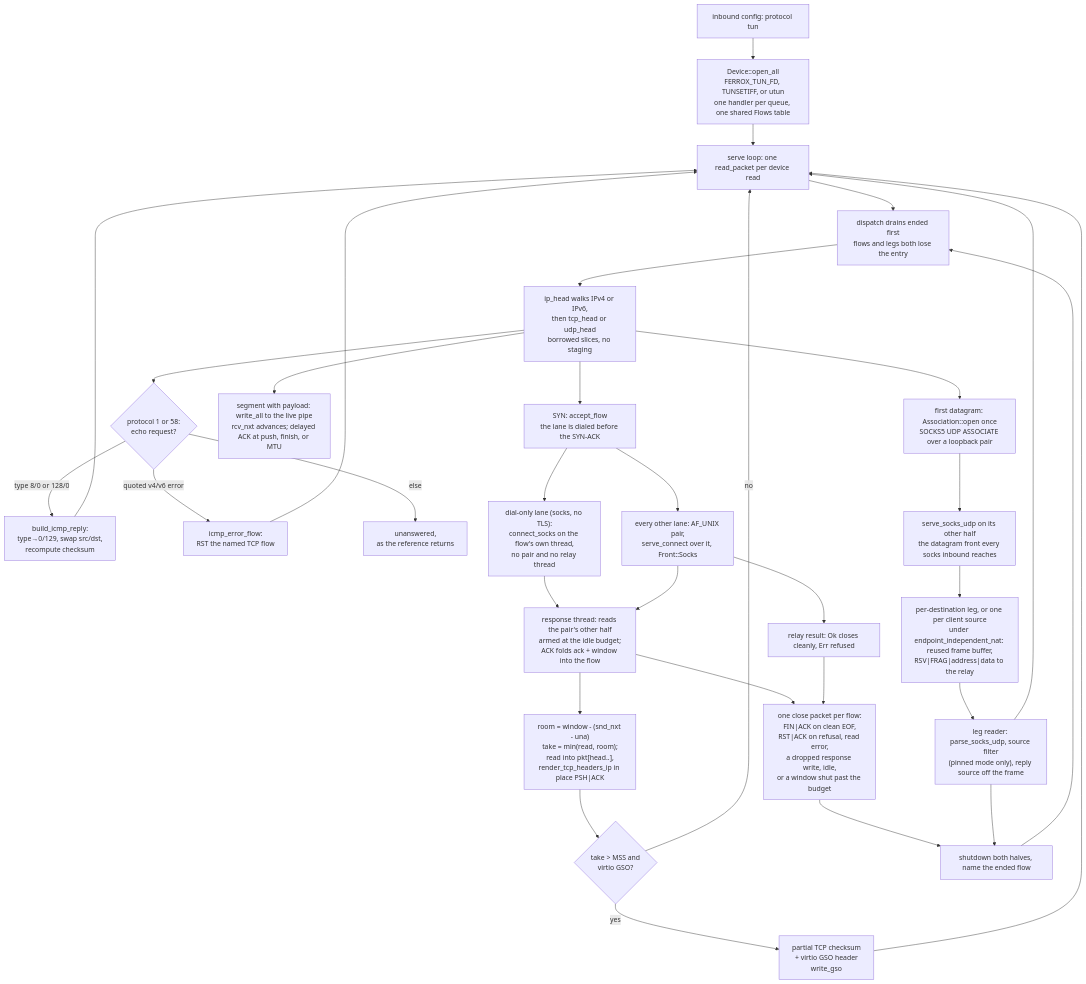
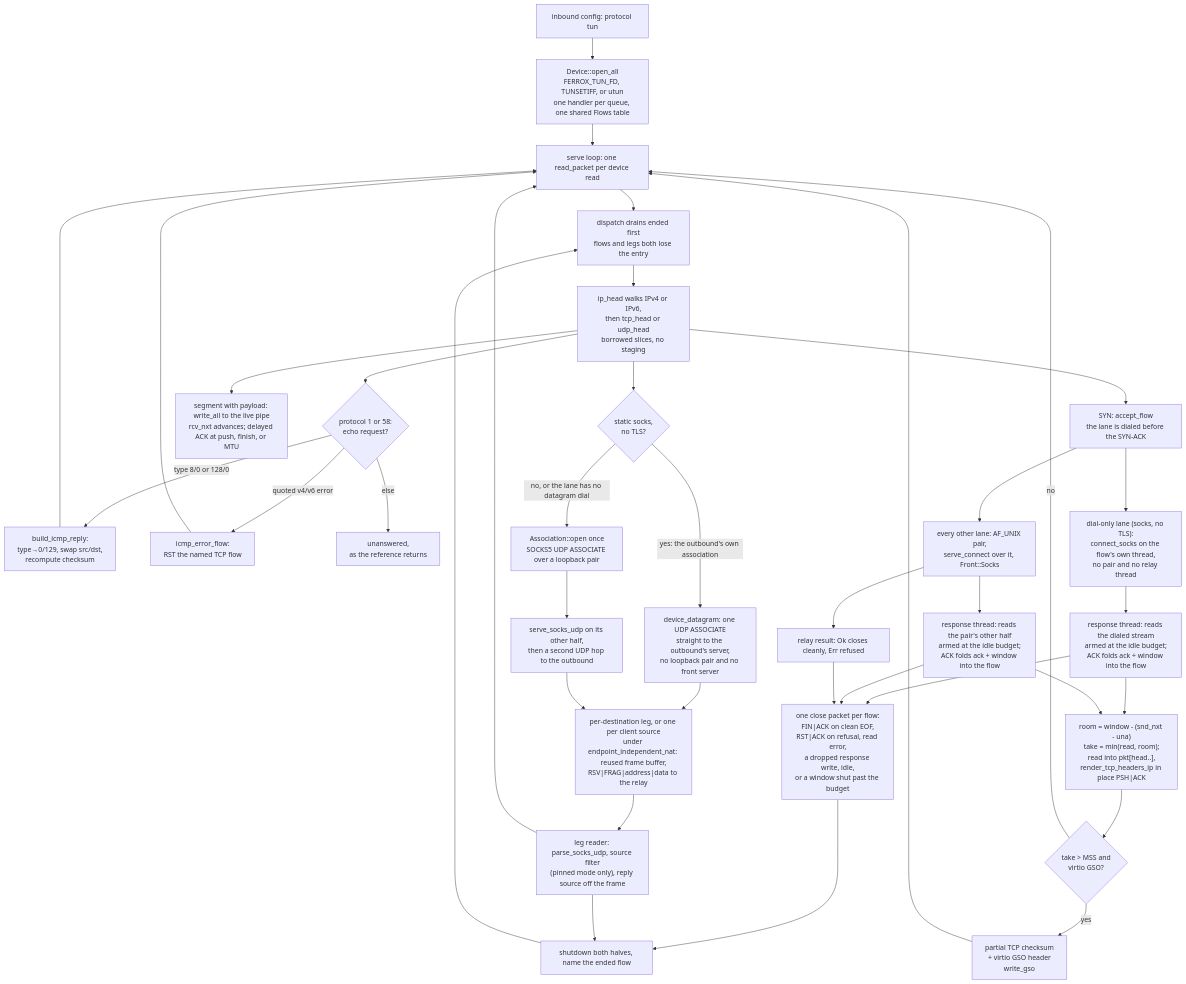
Before and after one commit to ferroxdev/ferrox: the diagram in docs/function/front-tun.md, drawn with Mermaid. The commit also changed other lines of this file and 5 other files, not shown here.

Commit message:
app: carry the TUN lane and ride its datagram association directly

````diff
--- a/docs/function/front-tun.md
+++ b/docs/function/front-tun.md
@@ -15,35 +17,40 @@
 ```mermaid
 graph TD
     A["inbound config: protocol tun"] --> B["Device::open_all<br/>FERROX_TUN_FD, TUNSETIFF, or utun<br/>one handler per queue, one shared Flows table"]
     B --> C["serve loop: one read_packet per device read"]
     C --> O["dispatch drains ended first<br/>flows and legs both lose the entry"]
     O --> D["ip_head walks IPv4 or IPv6,<br/>then tcp_head or udp_head<br/>borrowed slices, no staging"]
     D --> IC{"protocol 1 or 58:<br/>echo request?"}
     IC -- "type 8/0 or 128/0" --> ICa["build_icmp_reply:<br/>type→0/129, swap src/dst,<br/>recompute checksum"]
     ICa --> C
     IC -- "quoted v4/v6 error" --> ICe["icmp_error_flow:<br/>RST the named TCP flow"]
     ICe --> C
     IC -- "else" --> ICx["unanswered,<br/>as the reference returns"]
     D --> E["SYN: accept_flow<br/>the lane is dialed before the SYN-ACK"]
     E --> FD["dial-only lane (socks, no TLS):<br/>connect_socks on the flow's own thread,<br/>no pair and no relay thread"]
     E --> F["every other lane: AF_UNIX pair,<br/>serve_connect over it, Front::Socks"]
     D --> G["segment with payload: write_all to the live pipe<br/>rcv_nxt advances; delayed ACK at push, finish, or MTU"]
-    FD --> H["response thread: reads the dialed stream<br/>armed at the idle budget;<br/>ACK folds ack + window into the flow"]
-    F --> H["response thread: reads the pair's other half<br/>armed at the idle budget;<br/>ACK folds ack + window into the flow"]
+    FD --> HD["response thread: reads the dialed stream<br/>armed at the idle budget;<br/>ACK folds ack + window into the flow"]
+    F --> HP["response thread: reads the pair's other half<br/>armed at the idle budget;<br/>ACK folds ack + window into the flow"]
     F --> HC["relay result: Ok closes cleanly, Err refused"]
-    H --> I["room = window - (snd_nxt - una)<br/>take = min(read, room);<br/>read into pkt[head..],<br/>render_tcp_headers_ip in place PSH|ACK"]
+    HD --> I["room = window - (snd_nxt - una)<br/>take = min(read, room);<br/>read into pkt[head..],<br/>render_tcp_headers_ip in place PSH|ACK"]
+    HP --> I
     I --> IG{"take > MSS and<br/>virtio GSO?"}
     IG -- "yes" --> IGa["partial TCP checksum<br/>+ virtio GSO header<br/>write_gso"]
     IG -- "no" --> C
     IGa --> C
-    H --> HF["one close packet per flow:<br/>FIN|ACK on clean EOF,<br/>RST|ACK on refusal, read error,<br/>a dropped response write, idle,<br/>or a window shut past the budget"]
+    HD --> HF["one close packet per flow:<br/>FIN|ACK on clean EOF,<br/>RST|ACK on refusal, read error,<br/>a dropped response write, idle,<br/>or a window shut past the budget"]
+    HP --> HF
     HC --> HF
-    D --> J["first datagram: Association::open once<br/>SOCKS5 UDP ASSOCIATE over a loopback pair"]
-    J --> K["serve_socks_udp on its other half<br/>the datagram front every socks inbound reaches"]
-    K --> L["per-destination leg, or one per client source<br/>under endpoint_independent_nat: reused frame buffer,<br/>RSV|FRAG|address|data to the relay"]
+    D --> JD{"static socks,<br/>no TLS?"}
+    JD -- "yes: the outbound's own association" --> KD["device_datagram: one UDP ASSOCIATE<br/>straight to the outbound's server,<br/>no loopback pair and no front server"]
+    JD -- "no, or the lane has no datagram dial" --> JA["Association::open once<br/>SOCKS5 UDP ASSOCIATE over a loopback pair"]
+    JA --> KA["serve_socks_udp on its other half,<br/>then a second UDP hop to the outbound"]
+    KD --> L["per-destination leg, or one per client source<br/>under endpoint_independent_nat: reused frame buffer,<br/>RSV|FRAG|address|data to the relay"]
+    KA --> L
     L --> M["leg reader: parse_socks_udp, source filter<br/>(pinned mode only), reply source off the frame"]
     M --> C
     HF --> N["shutdown both halves, name the ended flow"]
     M --> N
     N --> O
 ```
````
